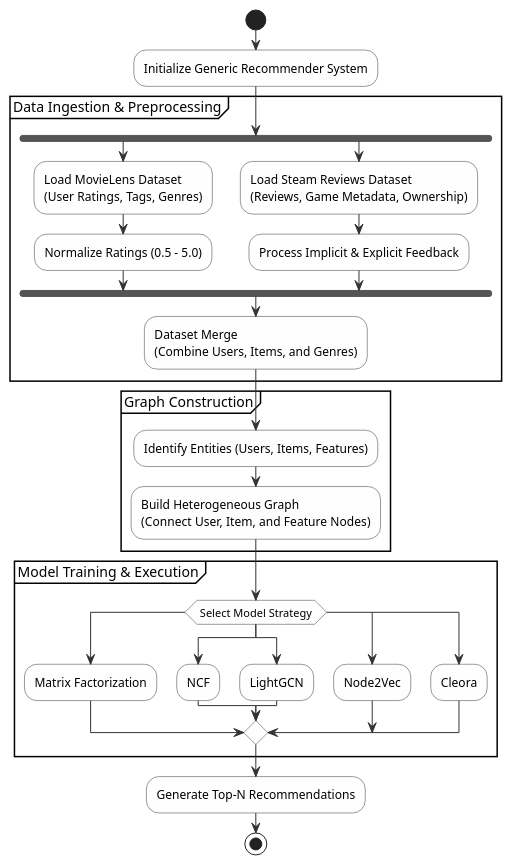
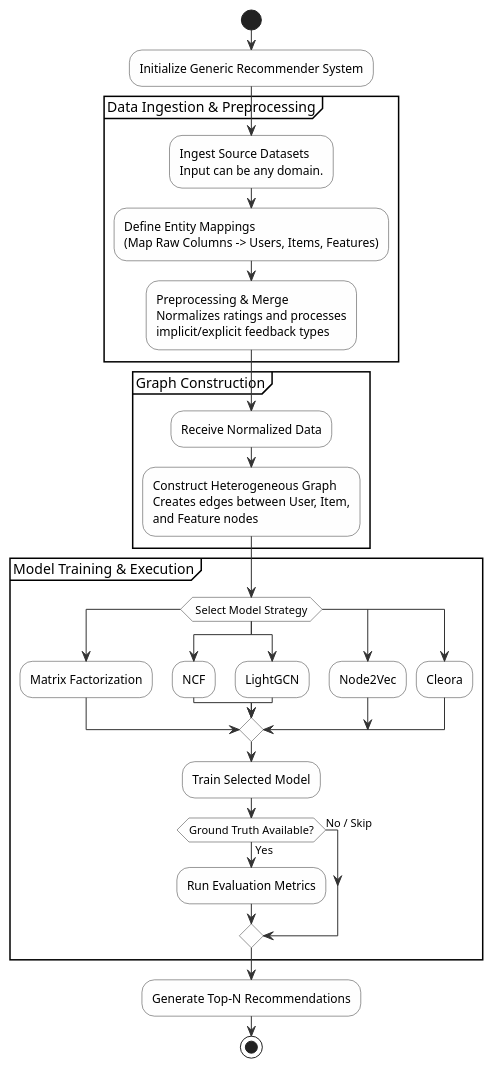
One commit to markopolo139/Generic-Recommender-Semantics-Put changed the diagram in docs/Milestone 4/system.plantuml. Above: the diagram before and after it, drawn with PlantUML.

Commit message:
remove specific datasets from system UML

```diff
--- a/docs/Milestone 4/system.plantuml
+++ b/docs/Milestone 4/system.plantuml
@@ -1,53 +1,57 @@
 @startuml
 skinparam backgroundColor white
 skinparam activity {
   BackgroundColor #FEFEFE
   BorderColor #333333
   ArrowColor #333333
 }
 
 start
 
 :Initialize Generic Recommender System;
 
 partition "Data Ingestion & Preprocessing" {
-    fork
-        :Load MovieLens Dataset
-        (User Ratings, Tags, Genres);
-        :Normalize Ratings (0.5 - 5.0);
-    fork again
-        :Load Steam Reviews Dataset
-        (Reviews, Game Metadata, Ownership);
-        :Process Implicit & Explicit Feedback;
-    end fork
+    :Ingest Source Datasets
+    Input can be any domain.;
 
-    :Dataset Merge
-    (Combine Users, Items, and Genres);
+    :Define Entity Mappings
+    (Map Raw Columns -> Users, Items, Features);
+    
+    :Preprocessing & Merge
+    Normalizes ratings and processes
+    implicit/explicit feedback types;
 }
 
 partition "Graph Construction" {
-    :Identify Entities (Users, Items, Features);
-    :Build Heterogeneous Graph
-    (Connect User, Item, and Feature Nodes);
+    :Receive Normalized Data;
+    
+    :Construct Heterogeneous Graph
+    Creates edges between User, Item,
+    and Feature nodes;
 }
 
 partition "Model Training & Execution" {
     switch ( Select Model Strategy )
     case (  )
         :Matrix Factorization;
     case (  )
         :NCF;
     case (  )
         :LightGCN;
     case (  )
         :Node2Vec;
     case (  )
         :Cleora;
     endswitch
+    :Train Selected Model;
+    if (Ground Truth Available?) then (Yes)
+    :Run Evaluation Metrics;
+    else (No / Skip)
+    endif
 }
 
 :Generate Top-N Recommendations;
 
 
 stop
 @enduml
```
